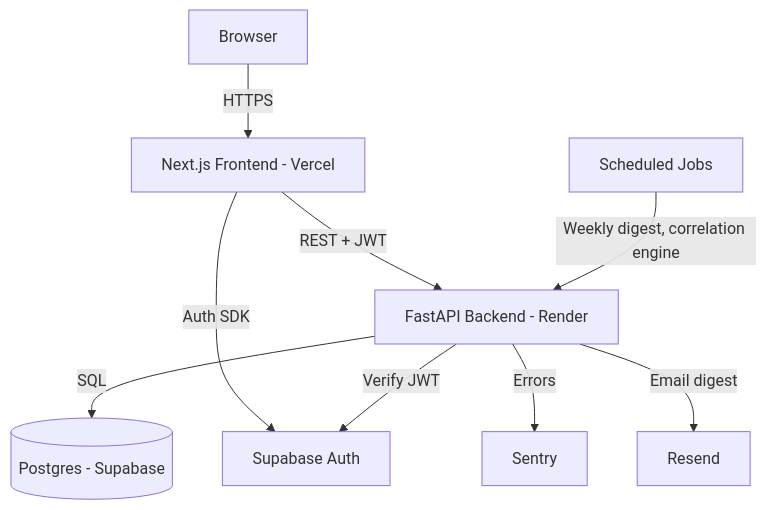
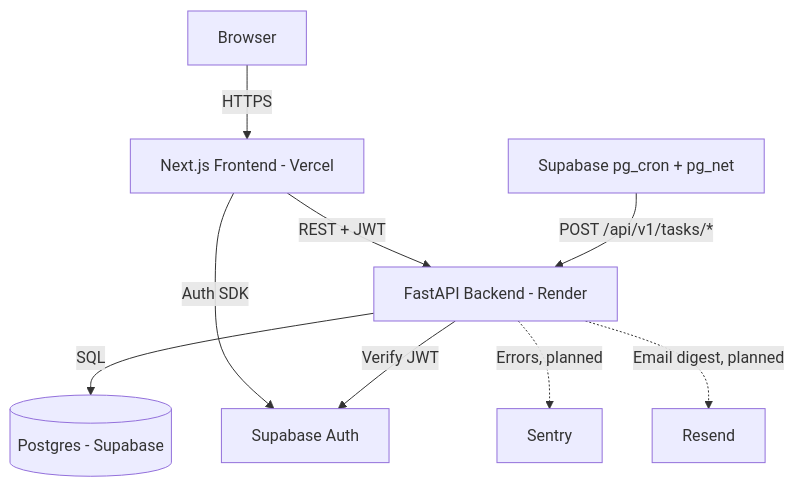
Before and after one commit to tuanduong18/ultimate-tracker: the first of 2 diagrams in DeveloperGuide.md, drawn with Mermaid. The commit also changed other lines of this file and 8 other files, not shown here.

````diff
--- a/DeveloperGuide.md
+++ b/DeveloperGuide.md
@@ -29,11 +29,11 @@
 ```mermaid
 graph TD
     A[Browser] -->|HTTPS| B[Next.js Frontend - Vercel]
     B -->|REST + JWT| C[FastAPI Backend - Render]
     C -->|SQL| D[(Postgres - Supabase)]
     B -->|Auth SDK| E[Supabase Auth]
     C -->|Verify JWT| E
-    F[Scheduled Jobs] -->|Weekly digest, correlation engine| C
-    C -->|Errors| G[Sentry]
-    C -->|Email digest| H[Resend]
+    F[Supabase pg_cron + pg_net] -->|POST /api/v1/tasks/*| C
+    C -.->|Errors, planned| G[Sentry]
+    C -.->|Email digest, planned| H[Resend]
 ```
````
